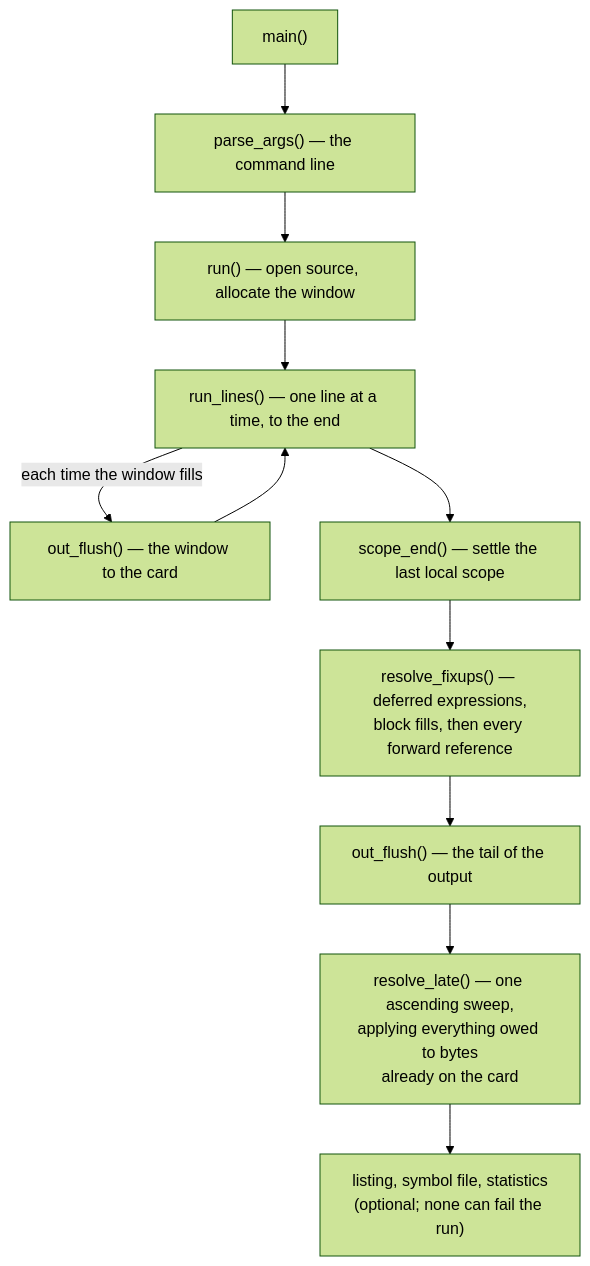
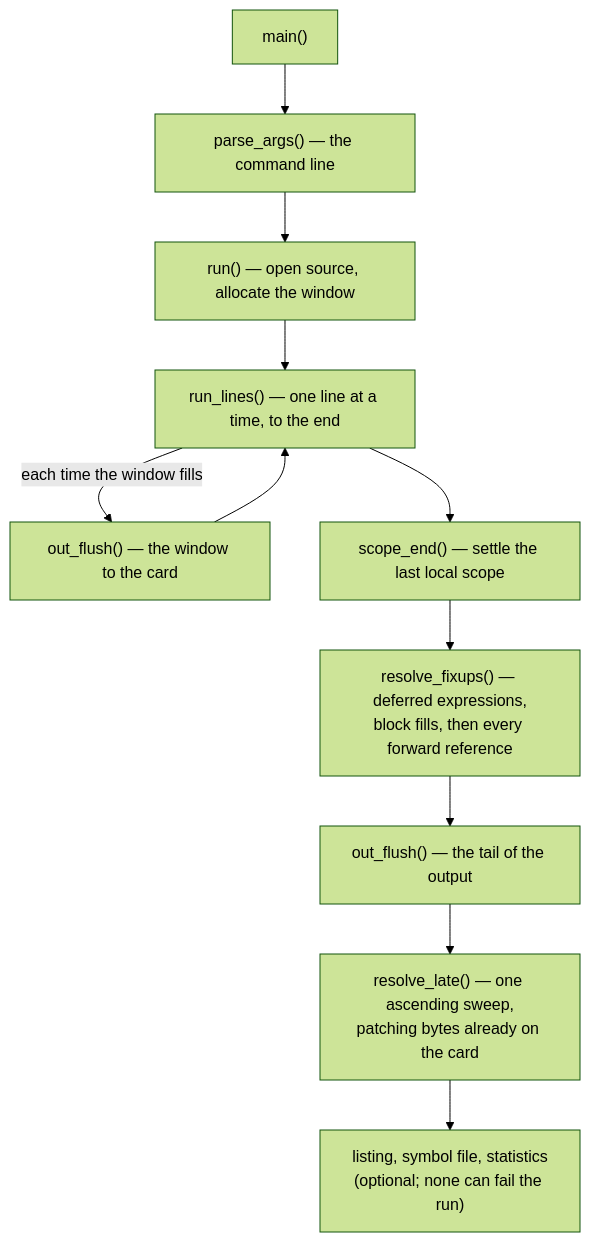
One commit to avalonbits/zap changed the first of 11 diagrams in docs/DESIGN.md. Above: the diagram before and after it, drawn with Mermaid (forest theme). The commit also changed other lines of this file and 7 other files, not shown here.

````diff
--- a/docs/DESIGN.md
+++ b/docs/DESIGN.md
@@ -39,13 +37,13 @@
 ```mermaid
 flowchart TD
     main["main()"] --> args["parse_args() — the command line"]
     args --> run["run() — open source, allocate the window"]
     run --> loop["run_lines() — one line at a time, to the end"]
     loop -->|"each time the window fills"| flush["out_flush() — the window to the card"]
     flush --> loop
     loop --> scope["scope_end() — settle the last local scope"]
     scope --> fix["resolve_fixups() — deferred expressions,<br/>block fills, then every forward reference"]
     fix --> tail["out_flush() — the tail of the output"]
-    tail --> late["resolve_late() — one ascending sweep,<br/>applying everything owed to bytes<br/>already on the card"]
+    tail --> late["resolve_late() — one ascending sweep,<br/>patching bytes already on the card"]
     late --> side["listing, symbol file, statistics<br/>(optional; none can fail the run)"]
 ```
````
